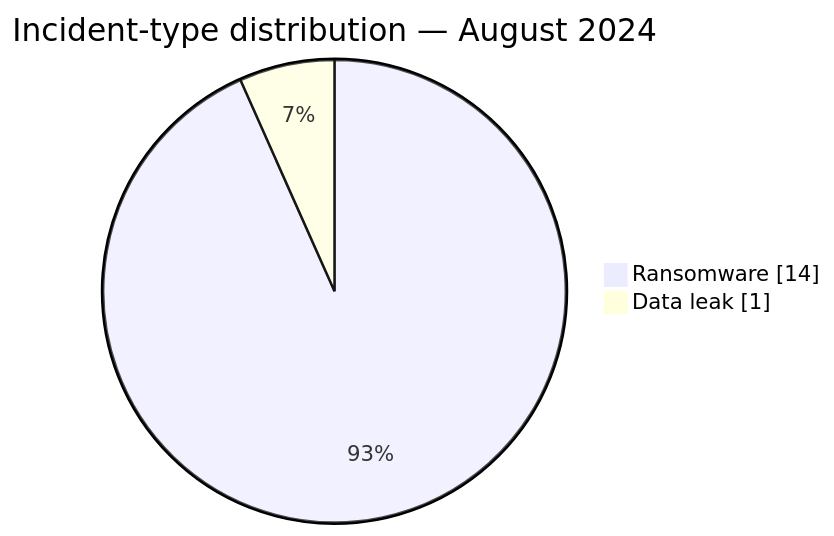
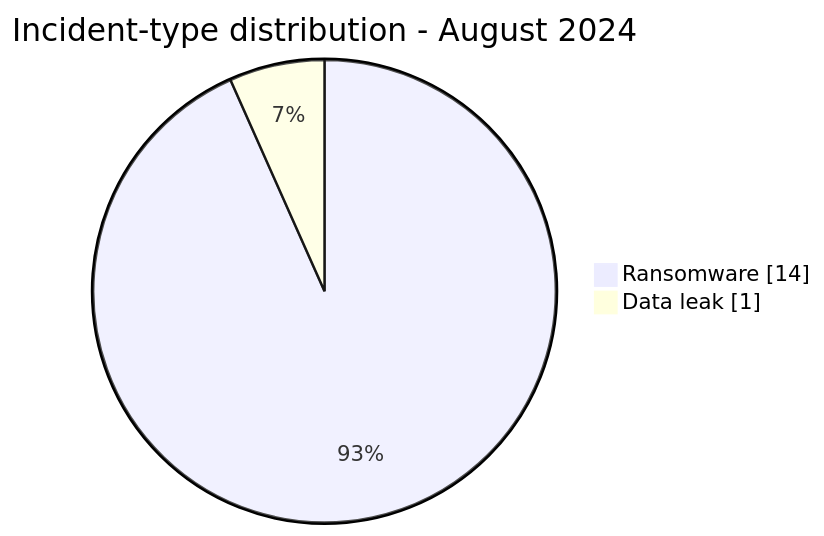
One commit to Hatchepsoute/AFRINTEL changed the second of 2 diagrams in CyberAttackAfrica/2024/08-august/README.md. Above: the diagram before and after it, drawn with Mermaid. The commit also changed other lines of this file and 182 other files, not shown here.

````diff
--- a/CyberAttackAfrica/2024/08-august/README.md
+++ b/CyberAttackAfrica/2024/08-august/README.md
@@ -56,6 +56,6 @@
 ```mermaid
 pie showData
-    title Incident-type distribution — August 2024
+    title Incident-type distribution - August 2024
     "Ransomware" : 14
     "Data leak" : 1
 ```
````
